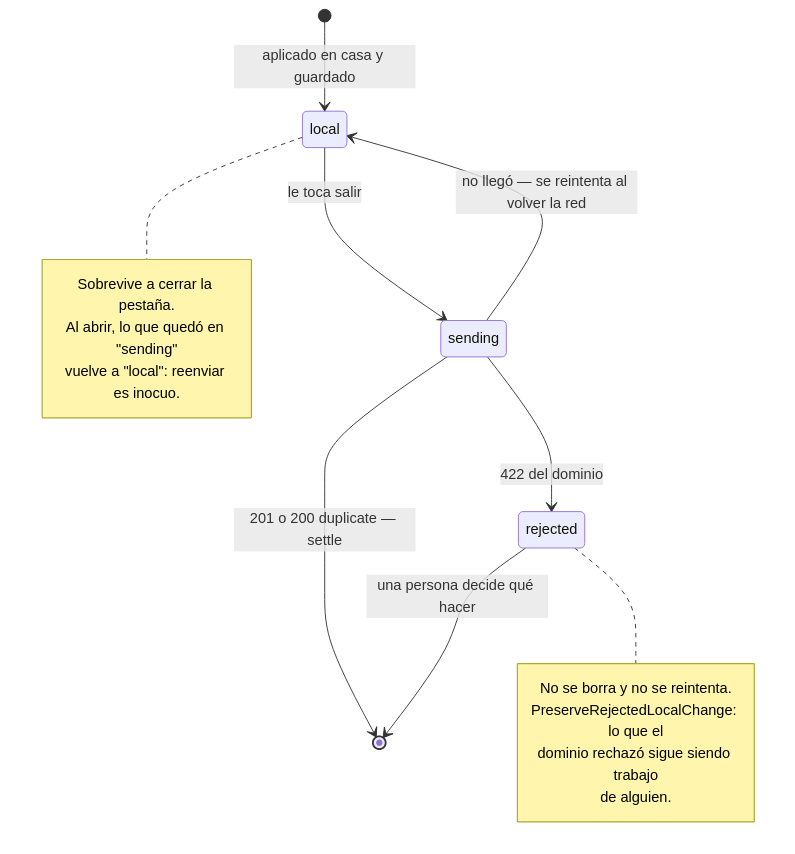
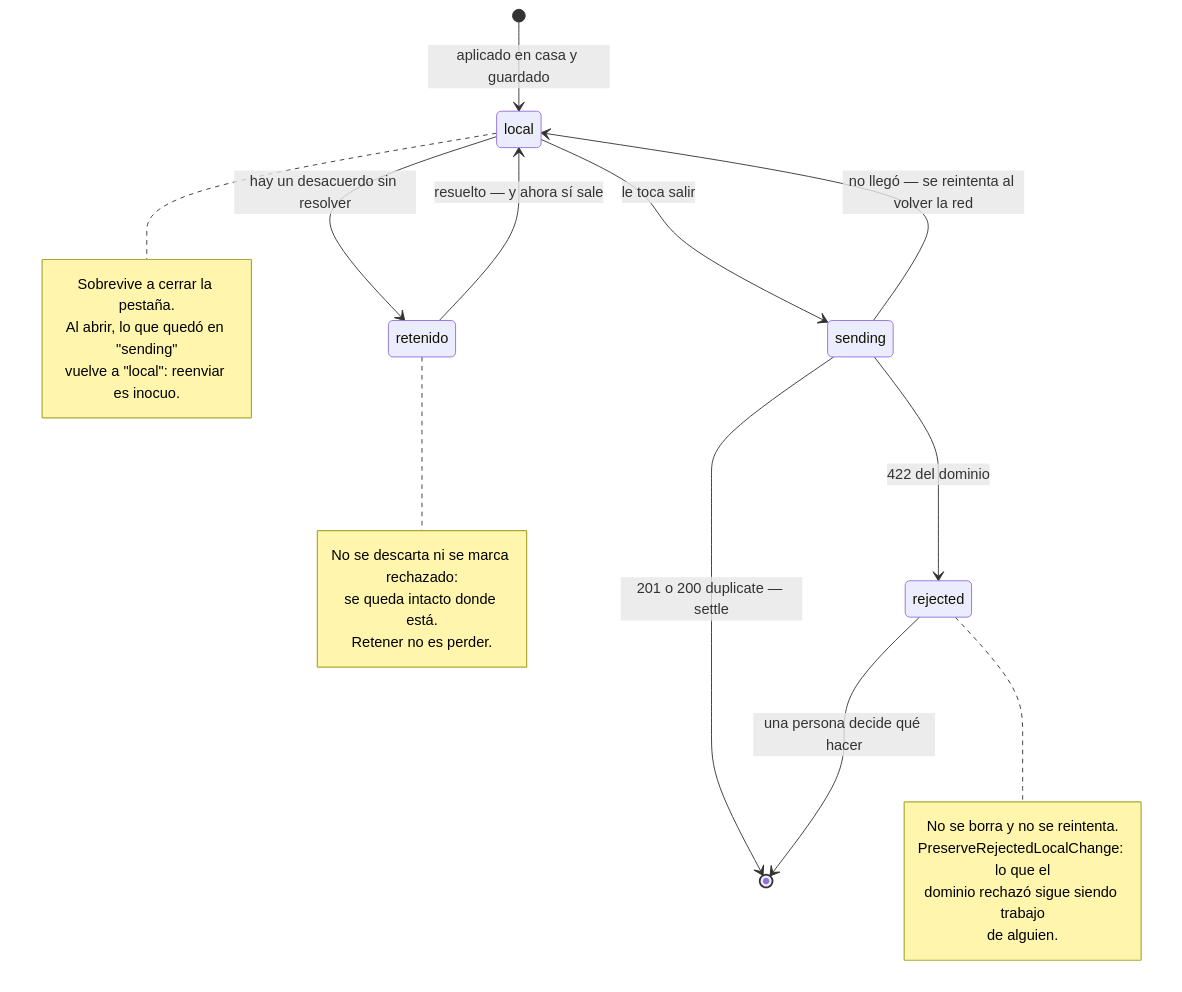
Diagram 20 of 40 in docs/diagramas.md (hspencer/vera), drawn with Mermaid before and after one commit. The commit also changed other lines of this file, not shown here.

First line of the commit message:
docs: los diagramas cuentan que lo retenido se lee primero, y cómo se decide un desacuerdo

````diff
--- a/docs/diagramas.md
+++ b/docs/diagramas.md
@@ -1042,22 +1060,30 @@
 ```mermaid
 stateDiagram-v2
     [*] --> local : aplicado en casa y guardado
     local --> sending : le toca salir
     sending --> [*] : 201 o 200 duplicate — settle
     sending --> rejected : 422 del dominio
     sending --> local : no llegó — se reintenta al volver la red
     rejected --> [*] : una persona decide qué hacer
+    local --> retenido : hay un desacuerdo sin resolver
+    retenido --> local : resuelto — y ahora sí sale
 
     note right of local
         Sobrevive a cerrar la pestaña.
         Al abrir, lo que quedó en "sending"
         vuelve a "local": reenviar es inocuo.
+    end note
+
+    note right of retenido
+        No se descarta ni se marca rechazado:
+        se queda intacto donde está.
+        Retener no es perder.
     end note
 
     note right of rejected
         No se borra y no se reintenta.
         PreserveRejectedLocalChange: lo que el
         dominio rechazó sigue siendo trabajo
         de alguien.
     end note
 ```
````
